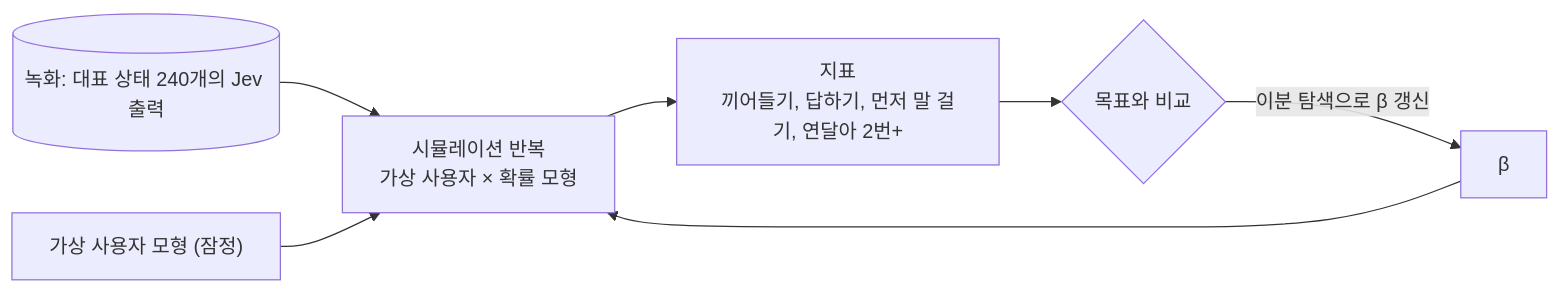
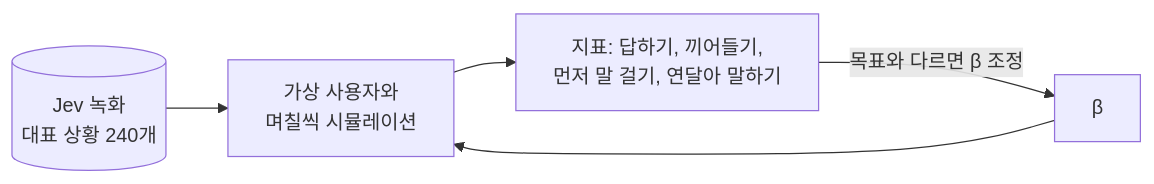
The eighth of 8 diagrams in ARCHITECTURE.md (HEOSEONGILml/AssistantChatBot), drawn with Mermaid before and after one commit. The commit also changed other lines of this file and 6 other files, not shown here.

````diff
--- a/ARCHITECTURE.md
+++ b/ARCHITECTURE.md
@@ -415,9 +335,7 @@
 ```mermaid
 flowchart LR
-  REC[("녹화: 대표 상태 240개의 Jev 출력")] --> SIM["시뮬레이션 반복<br>가상 사용자 × 확률 모형"]
-  USR["가상 사용자 모형 (잠정)"] --> SIM
+  REC[("Jev 녹화<br>대표 상황 240개")] --> SIM["가상 사용자와<br>며칠씩 시뮬레이션"]
   BETA["β"] --> SIM
-  SIM --> STAT["지표<br>끼어들기, 답하기, 먼저 말 걸기, 연달아 2번+"]
-  STAT --> CMP{"목표와 비교"}
-  CMP -->|"이분 탐색으로 β 갱신"| BETA
+  SIM --> STAT["지표: 답하기, 끼어들기,<br>먼저 말 걸기, 연달아 말하기"]
+  STAT -->|"목표와 다르면 β 조정"| BETA
 ```
````
